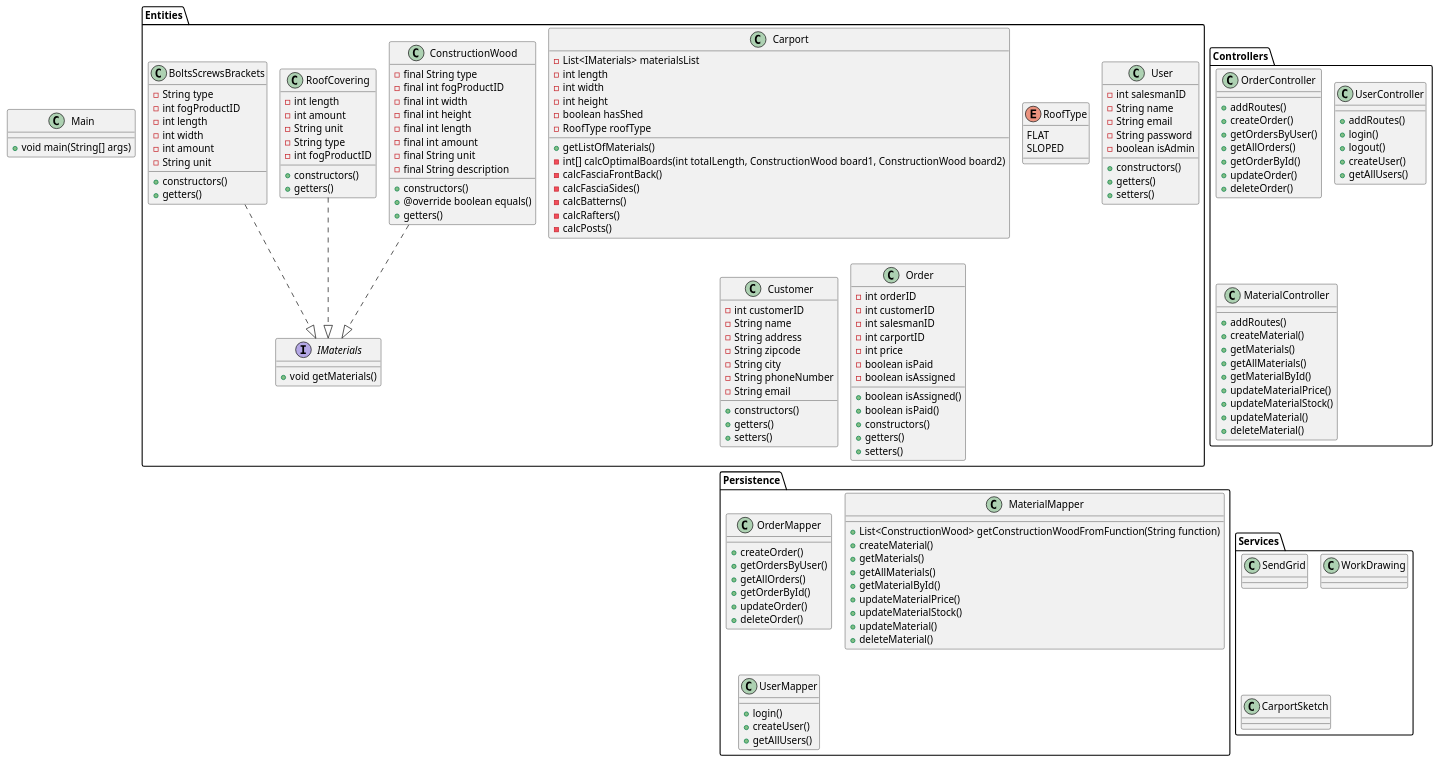
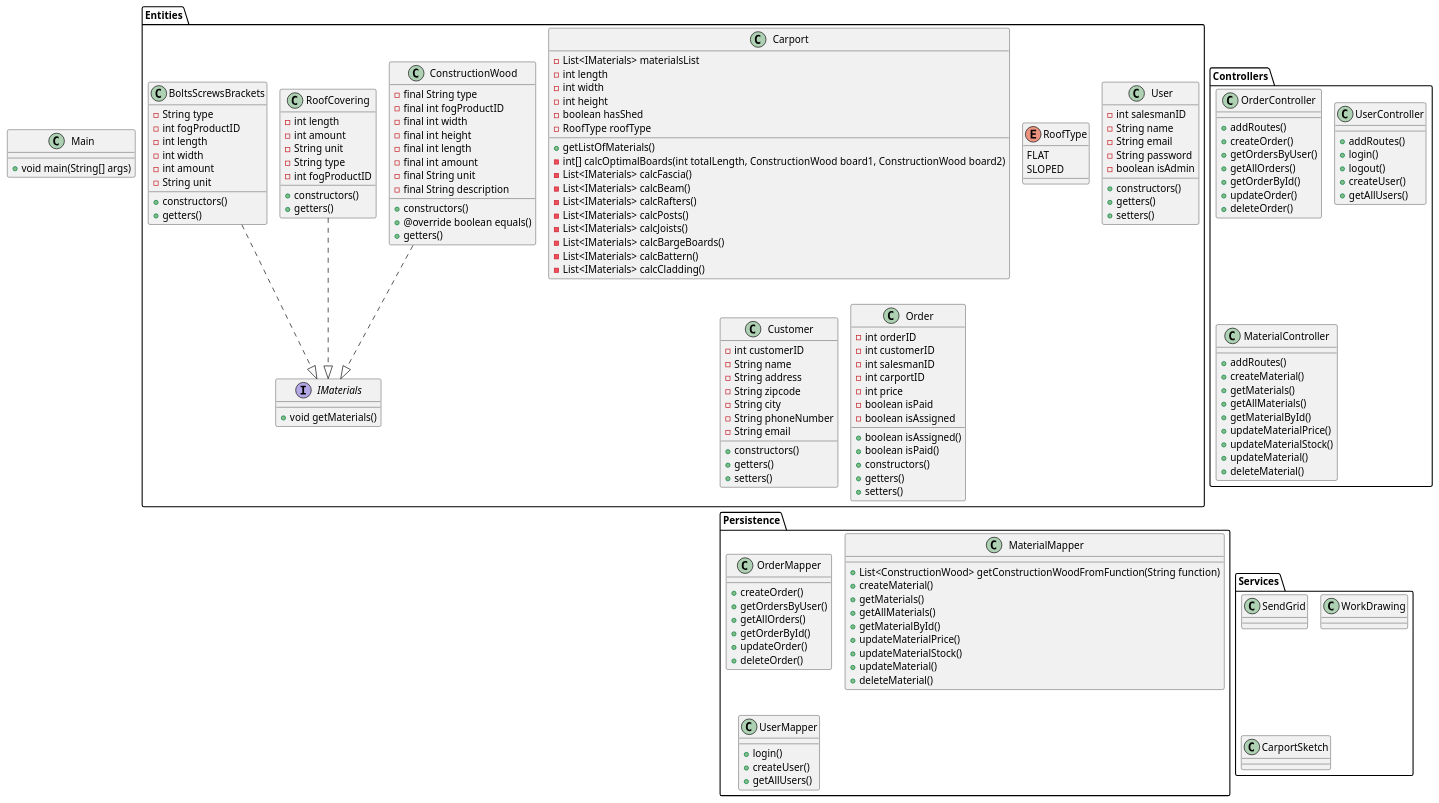
One commit to AndyTheDragon/Fog-projektet changed the diagram in docs/ClassDiagram.puml. Above: the diagram before and after it, drawn with PlantUML.

Commit message:
Updated ClassDiagram.puml with methods inside Carport

```diff
--- a/docs/ClassDiagram.puml
+++ b/docs/ClassDiagram.puml
@@ -1,194 +1,197 @@
 @startuml
 'https://plantuml.com/class-diagram
 !pragma layout smetana
 
 class Main
 {
     + void main(String[] args)
 }
 
 
 package "Entities" {
 interface IMaterials
 {
 
 + void getMaterials()
 
 }
 
 class Carport
 {
 - List<IMaterials> materialsList
 -int length
 -int width
 -int height
 -boolean hasShed
 -RoofType roofType
 + getListOfMaterials()
 - int[] calcOptimalBoards(int totalLength, ConstructionWood board1, ConstructionWood board2)
-- calcFasciaFrontBack()
-- calcFasciaSides()
-- calcBatterns()
-- calcRafters()
-- calcPosts()
+- List<IMaterials> calcFascia()
+- List<IMaterials> calcBeam()
+- List<IMaterials> calcRafters()
+- List<IMaterials> calcPosts()
+- List<IMaterials> calcJoists()
+- List<IMaterials> calcBargeBoards()
+- List<IMaterials> calcBattern()
+- List<IMaterials> calcCladding()
 
 }
 enum RoofType
 {
     FLAT
     SLOPED
 }
 
 class User
 {
 - int salesmanID
 - String name
 - String email
 - String password
 - boolean isAdmin
 + constructors()
 + getters()
 + setters()
 }
 class Customer
 {
 - int customerID
 - String name
 - String address
 - String zipcode
 - String city
 - String phoneNumber
 - String email
 + constructors()
 + getters()
 + setters()
 
 
 }
 class Order
 {
 - int orderID
 - int customerID
 - int salesmanID
 - int carportID
 - int price
 - boolean isPaid
 - boolean isAssigned
 + boolean isAssigned()
 + boolean isPaid()
 + constructors()
 + getters()
 + setters()
 }
 class ConstructionWood
 {
 - final String type
 - final int fogProductID
 - final int width
 - final int height
 - final int length
 - final int amount
 - final String unit
 - final String description
 + constructors()
 + @override boolean equals()
 + getters()
 }
 class RoofCovering
 {
 - int length
 - int amount
 - String unit
 - String type
 - int fogProductID
 + constructors()
 + getters()
 }
 class BoltsScrewsBrackets
 {
 - String type
 - int fogProductID
 - int length
 - int width
 - int amount
 - String unit
 + constructors()
 + getters()
 
 
 }
 }
 package "Controllers" {
     class OrderController
     {
     + addRoutes()
     + createOrder()
     + getOrdersByUser()
     + getAllOrders()
     + getOrderById()
     + updateOrder()
     + deleteOrder()
     }
     class UserController
     {
     + addRoutes()
     + login()
     + logout()
     + createUser()
     + getAllUsers()
     }
     class MaterialController
     {
     + addRoutes()
     + createMaterial()
     + getMaterials()
     + getAllMaterials()
     + getMaterialById()
     + updateMaterialPrice()
     + updateMaterialStock()
     + updateMaterial()
     + deleteMaterial()
    }
 }
 package "Persistence" {
     class OrderMapper
     {
         + createOrder()
         + getOrdersByUser()
         + getAllOrders()
         + getOrderById()
         + updateOrder()
         + deleteOrder()
     }
     class MaterialMapper
     {
         + List<ConstructionWood> getConstructionWoodFromFunction(String function)
         + createMaterial()
         + getMaterials()
         + getAllMaterials()
         + getMaterialById()
         + updateMaterialPrice()
         + updateMaterialStock()
         + updateMaterial()
         + deleteMaterial()
     }
     class UserMapper
     {
         + login()
         + createUser()
         + getAllUsers()
     }
     }
 
 package "Services" {
 class SendGrid{}
 class WorkDrawing{}
 class CarportSketch{}
 }
 
 ConstructionWood ..|> IMaterials
 RoofCovering ..|> IMaterials
 BoltsScrewsBrackets ..|> IMaterials
 
 
 @enduml
```
